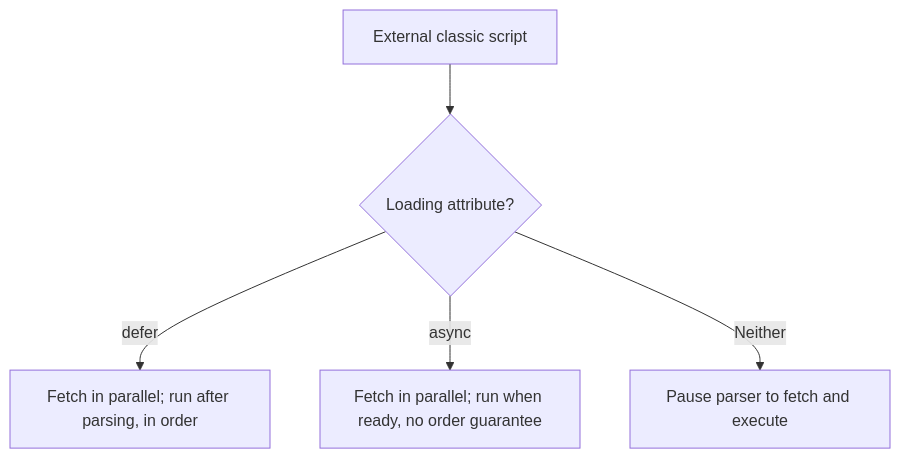
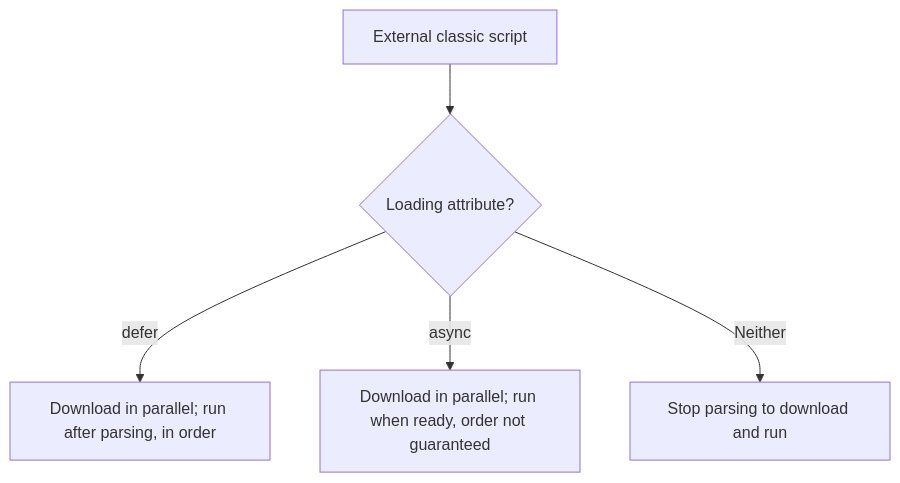
The second of 2 diagrams in HTML/Lesson-9/en/Meta tags, SEO, linking CSS and JS.md (JLearn-space/JLearn-docs), drawn with Mermaid before and after one commit. The commit also changed other lines of this file and 148 other files, not shown here.

````diff
--- a/HTML/Lesson-9/en/Meta tags, SEO, linking CSS and JS.md
+++ b/HTML/Lesson-9/en/Meta tags, SEO, linking CSS and JS.md
@@ -215,7 +182,7 @@
 ```mermaid
 flowchart TD
  A["External classic script"] --> B{"Loading attribute?"}
- B -->|defer| C["Fetch in parallel; run after parsing, in order"]
- B -->|async| D["Fetch in parallel; run when ready, no order guarantee"]
- B -->|Neither| E["Pause parser to fetch and execute"]
+ B -->|defer| C["Download in parallel; run after parsing, in order"]
+ B -->|async| D["Download in parallel; run when ready, order not guaranteed"]
+ B -->|Neither| E["Stop parsing to download and run"]
 ```
````
